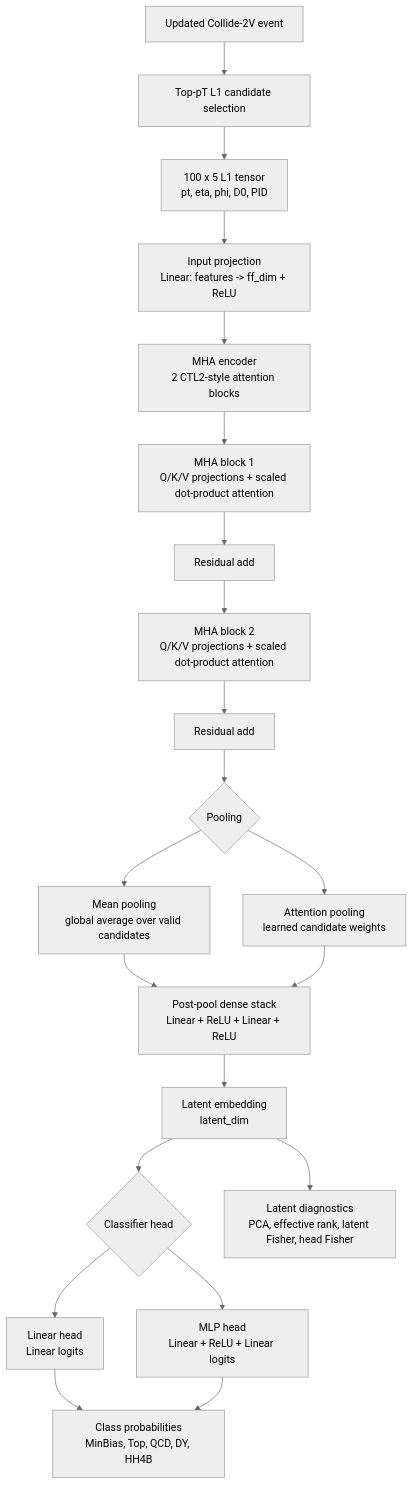
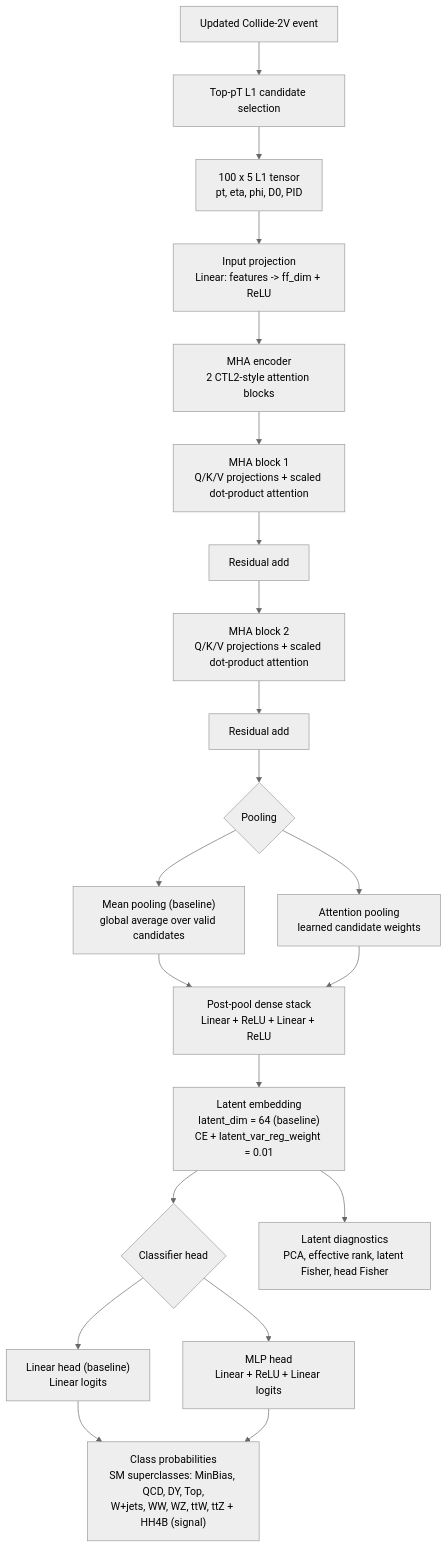
The diagram in ctl2_embedding_model/analysis/ngt_mha_architecture_vertical.mmd (imstefleon/NGT-WP3-Representation-Learning-LHC-Triggers), drawn with Mermaid (neutral theme) before and after one commit. The commit also changed 9 other files, not shown here.

```diff
--- a/ctl2_embedding_model/analysis/ngt_mha_architecture_vertical.mmd
+++ b/ctl2_embedding_model/analysis/ngt_mha_architecture_vertical.mmd
@@ -1,26 +1,26 @@
 flowchart TD
     A["Updated Collide-2V event"] --> B["Top-pT L1 candidate selection"]
     B --> C["100 x 5 L1 tensor<br/>pt, eta, phi, D0, PID"]
     C --> D["Input projection<br/>Linear: features -> ff_dim + ReLU"]
 
     D --> E["MHA encoder<br/>2 CTL2-style attention blocks"]
     E --> E1["MHA block 1<br/>Q/K/V projections + scaled dot-product attention"]
     E1 --> R1["Residual add"]
     R1 --> E2["MHA block 2<br/>Q/K/V projections + scaled dot-product attention"]
     E2 --> R2["Residual add"]
 
     R2 --> P{"Pooling"}
-    P --> PM["Mean pooling<br/>global average over valid candidates"]
+    P --> PM["Mean pooling (baseline)<br/>global average over valid candidates"]
     P --> PA["Attention pooling<br/>learned candidate weights"]
 
     PM --> H["Post-pool dense stack<br/>Linear + ReLU + Linear + ReLU"]
     PA --> H
-    H --> Z["Latent embedding<br/>latent_dim"]
+    H --> Z["Latent embedding<br/>latent_dim = 64 (baseline)<br/>CE + latent_var_reg_weight = 0.01"]
 
     Z --> CL{"Classifier head"}
-    CL --> L["Linear head<br/>Linear logits"]
+    CL --> L["Linear head (baseline)<br/>Linear logits"]
     CL --> M["MLP head<br/>Linear + ReLU + Linear logits"]
 
-    L --> O["Class probabilities<br/>MinBias, Top, QCD, DY, HH4B"]
+    L --> O["Class probabilities<br/>SM superclasses: MinBias, QCD, DY, Top,<br/>W+jets, WW, WZ, ttW, ttZ + HH4B (signal)"]
     M --> O
     Z --> Q["Latent diagnostics<br/>PCA, effective rank, latent Fisher, head Fisher"]
```
